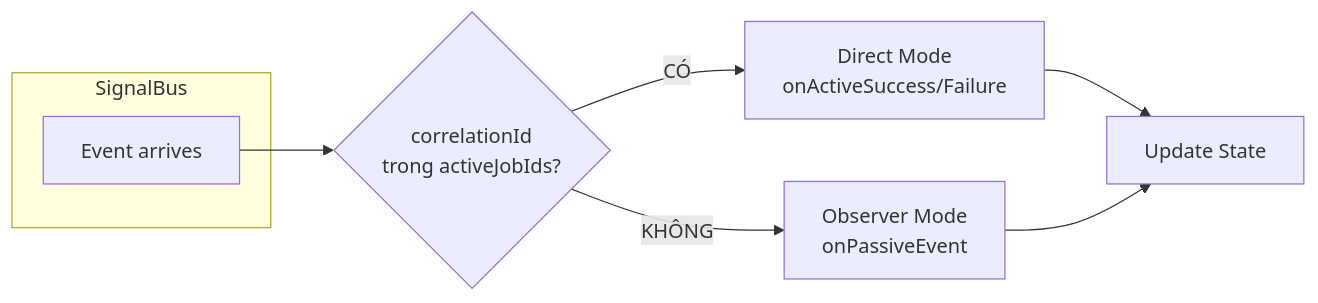
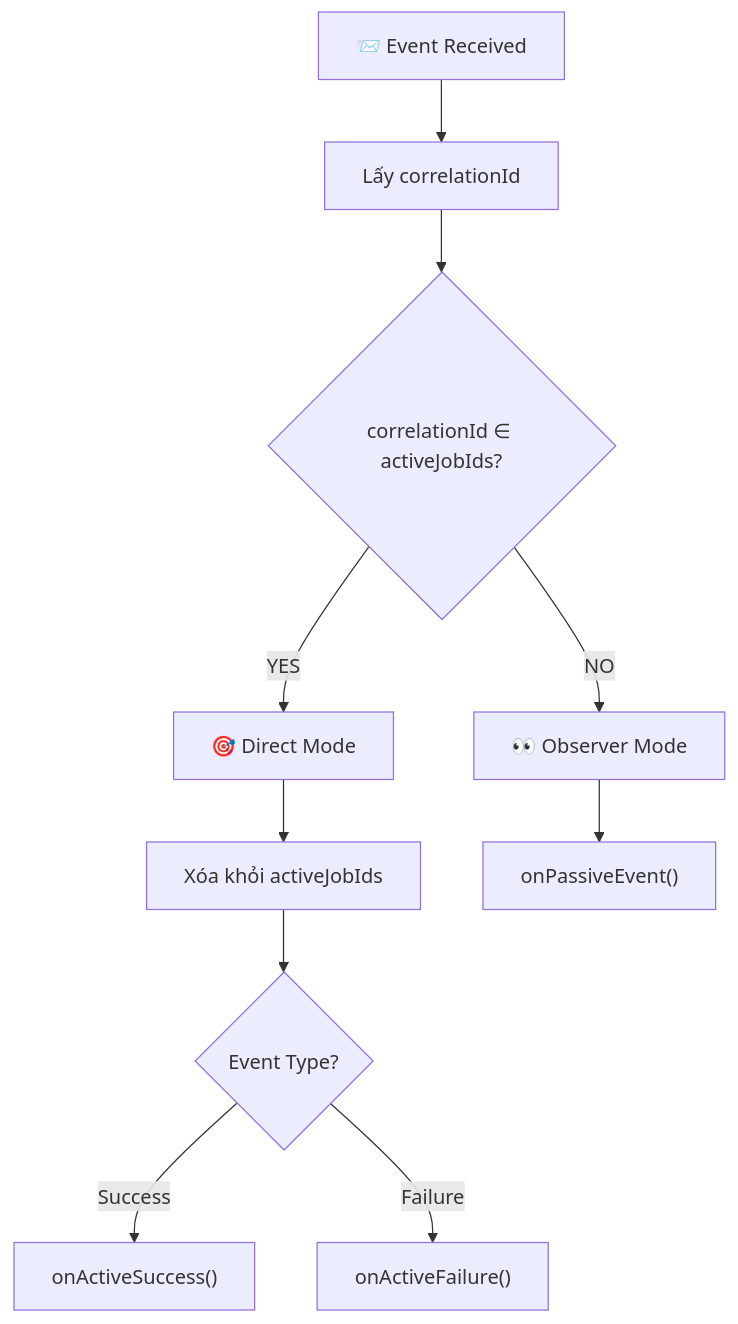
One commit to lploc94/flutter_orchestrator changed the ninth of 13 diagrams in book/vi/chapters/03_core_implementation.md. Above: the diagram before and after it, drawn with Mermaid. The commit also changed other lines of this file and 31 other files, not shown here.

````diff
--- a/book/vi/chapters/03_core_implementation.md
+++ b/book/vi/chapters/03_core_implementation.md
@@ -279,13 +207,15 @@
 ```mermaid
-flowchart LR
-    subgraph SignalBus
-        Event[Event arrives]
-    end
+flowchart TD
+    Event["📨 Event Received"] --> Extract["Lấy correlationId"]
+    Extract --> Check{"correlationId ∈ activeJobIds?"}
     
-    Event --> Check{correlationId<br/>trong activeJobIds?}
-    Check --> |CÓ| Active["Direct Mode<br/>onActiveSuccess/Failure"]
-    Check --> |KHÔNG| Passive["Observer Mode<br/>onPassiveEvent"]
+    Check -->|"YES"| Direct["🎯 Direct Mode"]
+    Check -->|"NO"| Observer["👀 Observer Mode"]
     
-    Active --> UpdateState[Update State]
-    Passive --> UpdateState
+    Direct --> Remove["Xóa khỏi activeJobIds"]
+    Remove --> TypeCheck{"Event Type?"}
+    TypeCheck -->|"Success"| OnSuccess["onActiveSuccess()"]
+    TypeCheck -->|"Failure"| OnFailure["onActiveFailure()"]
+    
+    Observer --> OnPassive["onPassiveEvent()"]
 ```
````
